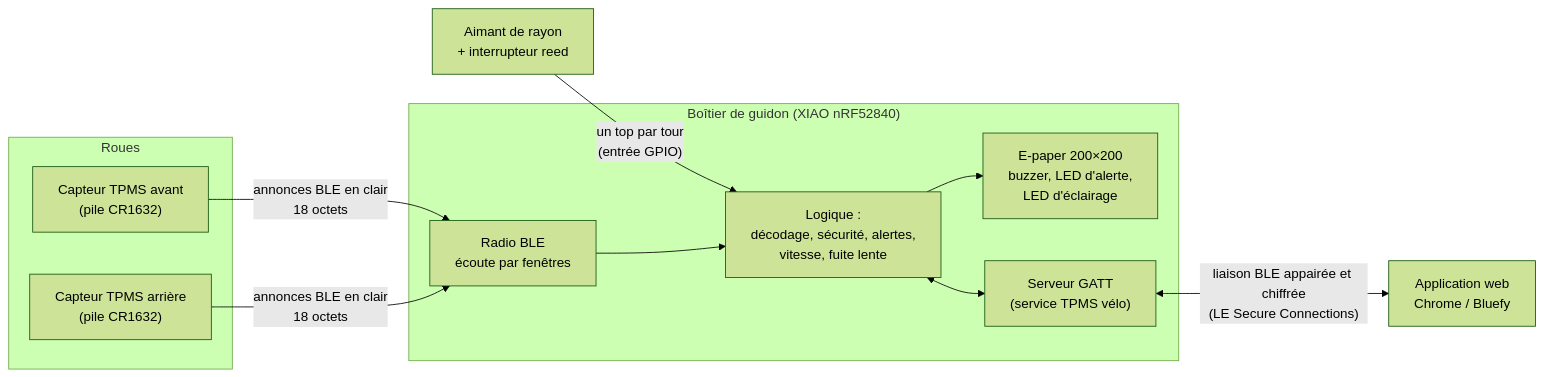
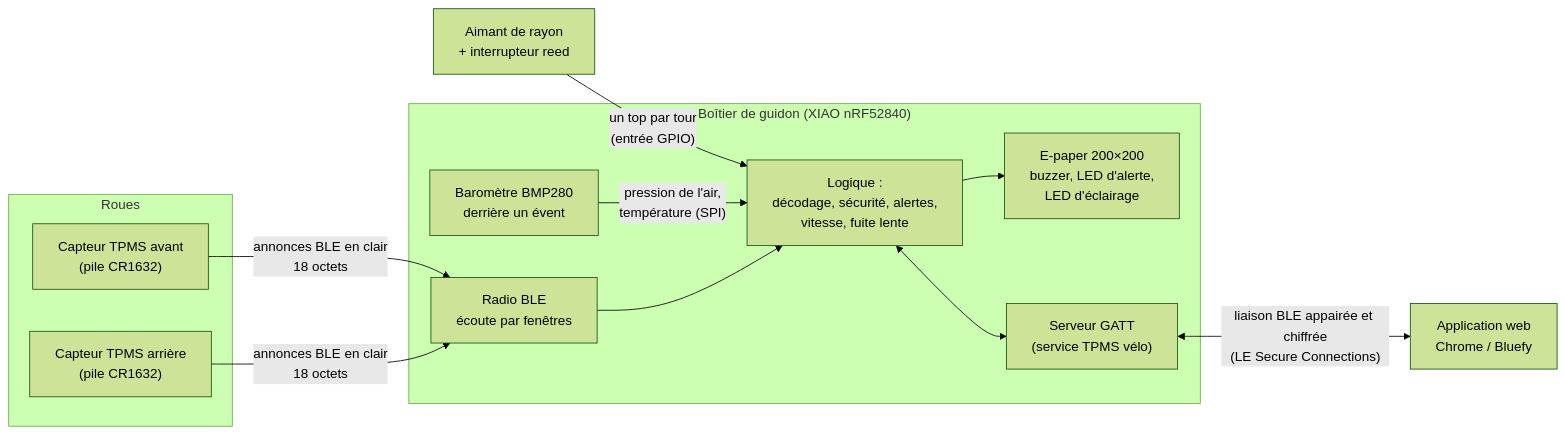
Before and after one commit to titilyonnais/tpms-velo: the second of 3 diagrams in docs/rapport-e6.md, drawn with Mermaid (forest theme). The commit also changed other lines of this file and 17 other files, not shown here.

````diff
--- a/docs/rapport-e6.md
+++ b/docs/rapport-e6.md
@@ -298,25 +308,27 @@
 ```mermaid
 flowchart LR
     subgraph Roues
         CAV["Capteur TPMS avant<br/>(pile CR1632)"]
         CAR["Capteur TPMS arrière<br/>(pile CR1632)"]
     end
     REED["Aimant de rayon<br/>+ interrupteur reed"]
 
     subgraph Boitier["Boîtier de guidon (XIAO nRF52840)"]
         RADIO["Radio BLE<br/>écoute par fenêtres"]
+        BARO["Baromètre BMP280<br/>derrière un évent"]
         LOGIQUE["Logique :<br/>décodage, sécurité, alertes,<br/>vitesse, fuite lente"]
         SORTIES["E-paper 200×200<br/>buzzer, LED d'alerte,<br/>LED d'éclairage"]
         GATT["Serveur GATT<br/>(service TPMS vélo)"]
     end
 
     APP["Application web<br/>Chrome / Bluefy"]
 
     CAV -- "annonces BLE en clair<br/>18 octets" --> RADIO
     CAR -- "annonces BLE en clair<br/>18 octets" --> RADIO
     REED -- "un top par tour<br/>(entrée GPIO)" --> LOGIQUE
+    BARO -- "pression de l'air,<br/>température (SPI)" --> LOGIQUE
     RADIO --> LOGIQUE
     LOGIQUE --> SORTIES
     LOGIQUE <--> GATT
     GATT <-- "liaison BLE appairée et chiffrée<br/>(LE Secure Connections)" --> APP
 ```
````
